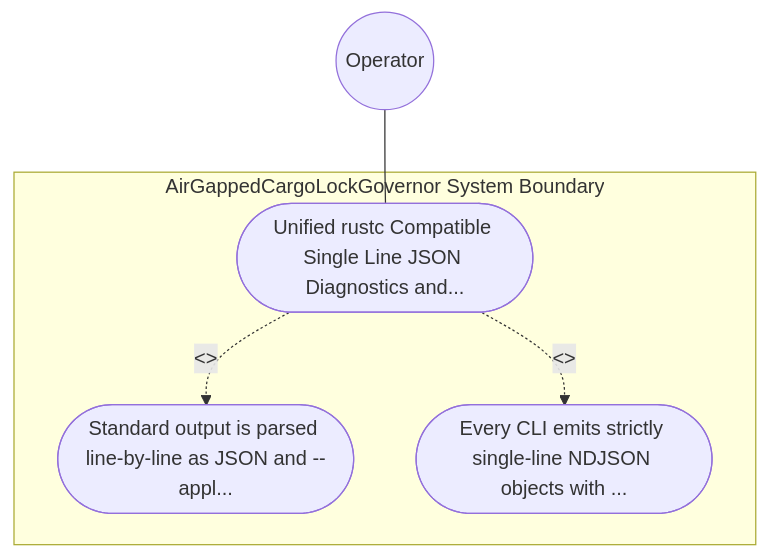
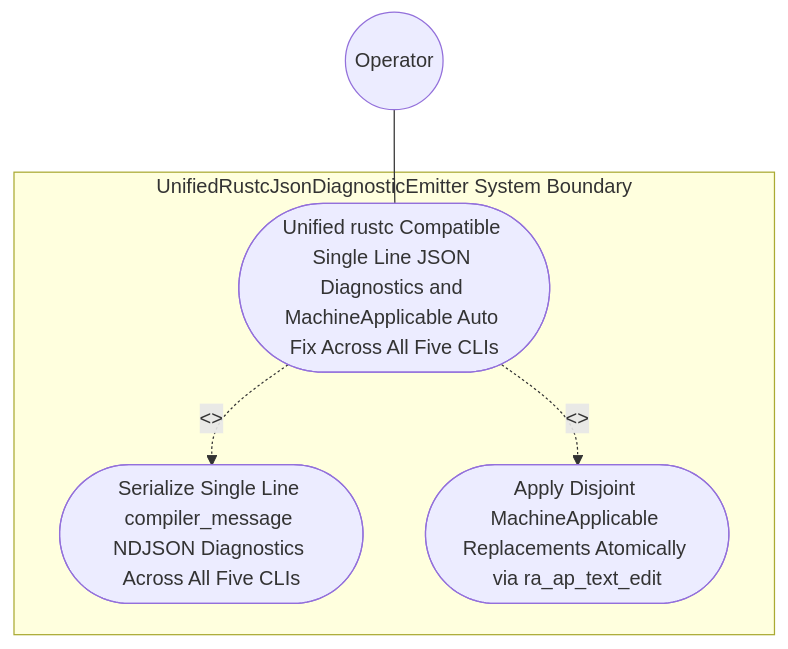
One commit to gintatkinson/DEAP01-spec-core changed the first of 2 diagrams in .pipeline/upstream/docs/use-cases/UC-43-Unified_rustc_Compatible_Single_Line_JSON_Diagnostics_and_MachineApplicable_Auto_Fix_Across_All_Five_CLIs.md. Above: the diagram before and after it, drawn with Mermaid. The commit also changed other lines of this file and 225 other files, not shown here.

````diff
--- a/.pipeline/upstream/docs/use-cases/UC-43-Unified_rustc_Compatible_Single_Line_JSON_Diagnostics_and_MachineApplicable_Auto_Fix_Across_All_Five_CLIs.md
+++ b/.pipeline/upstream/docs/use-cases/UC-43-Unified_rustc_Compatible_Single_Line_JSON_Diagnostics_and_MachineApplicable_Auto_Fix_Across_All_Five_CLIs.md
@@ -16,11 +17,11 @@
 ```mermaid
 graph TD
-    subgraph "AirGappedCargoLockGovernor System Boundary"
-        UC_Main(["Unified rustc Compatible Single Line JSON Diagnostics and..."])
-        UC_Step01(["Standard output is parsed line-by-line as JSON and --appl..."])
-        UC_Step02(["Every CLI emits strictly single-line NDJSON objects with ..."])
+    subgraph "UnifiedRustcJsonDiagnosticEmitter System Boundary"
+        UC_Main(["Unified rustc Compatible Single Line JSON Diagnostics and MachineApplicable Auto Fix Across All Five CLIs"])
+        UC_Step01(["Serialize Single Line compiler_message NDJSON Diagnostics Across All Five CLIs"])
+        UC_Step02(["Apply Disjoint MachineApplicable Replacements Atomically via ra_ap_text_edit"])
     end
     Operator(("Operator")) --- UC_Main
     UC_Main -. "<<include>>" .-> UC_Step01
     UC_Main -. "<<include>>" .-> UC_Step02
 ```
````
